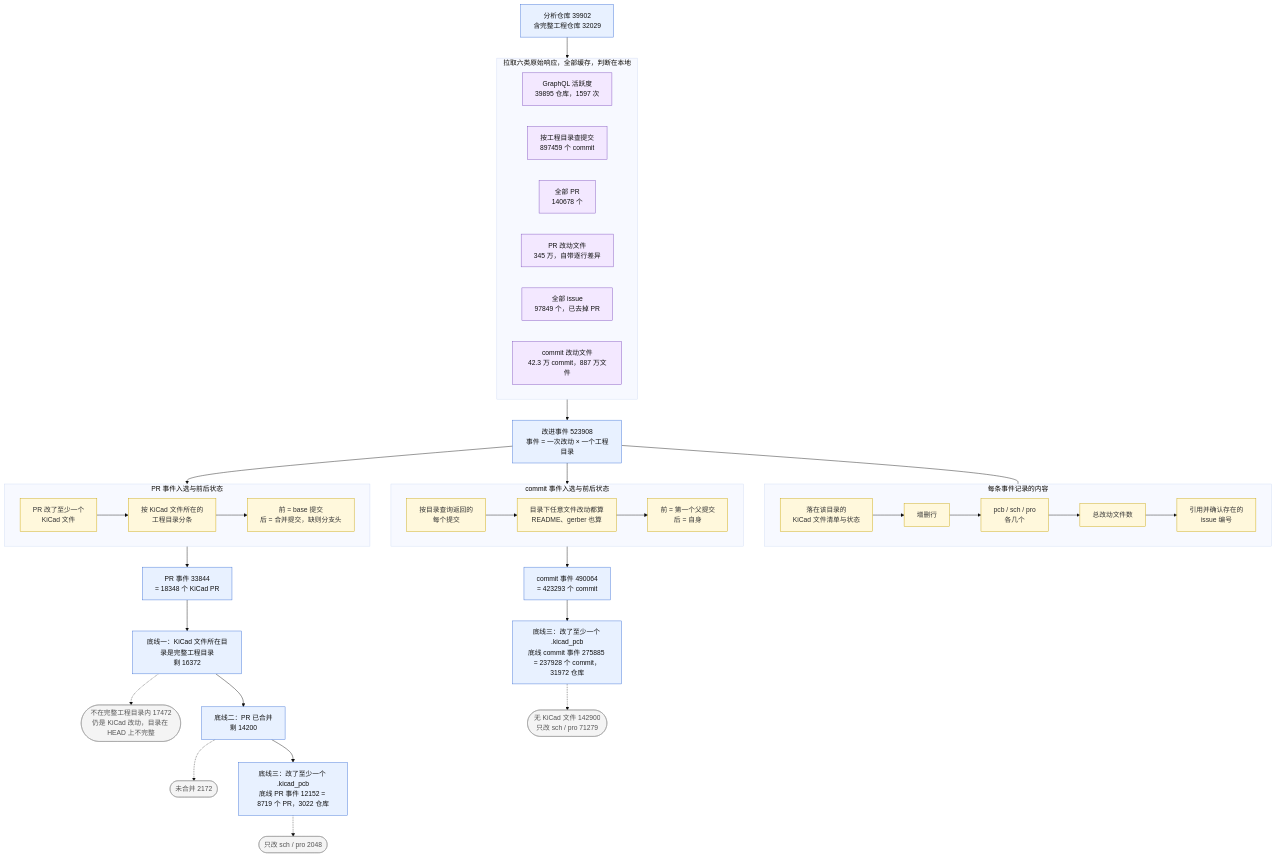
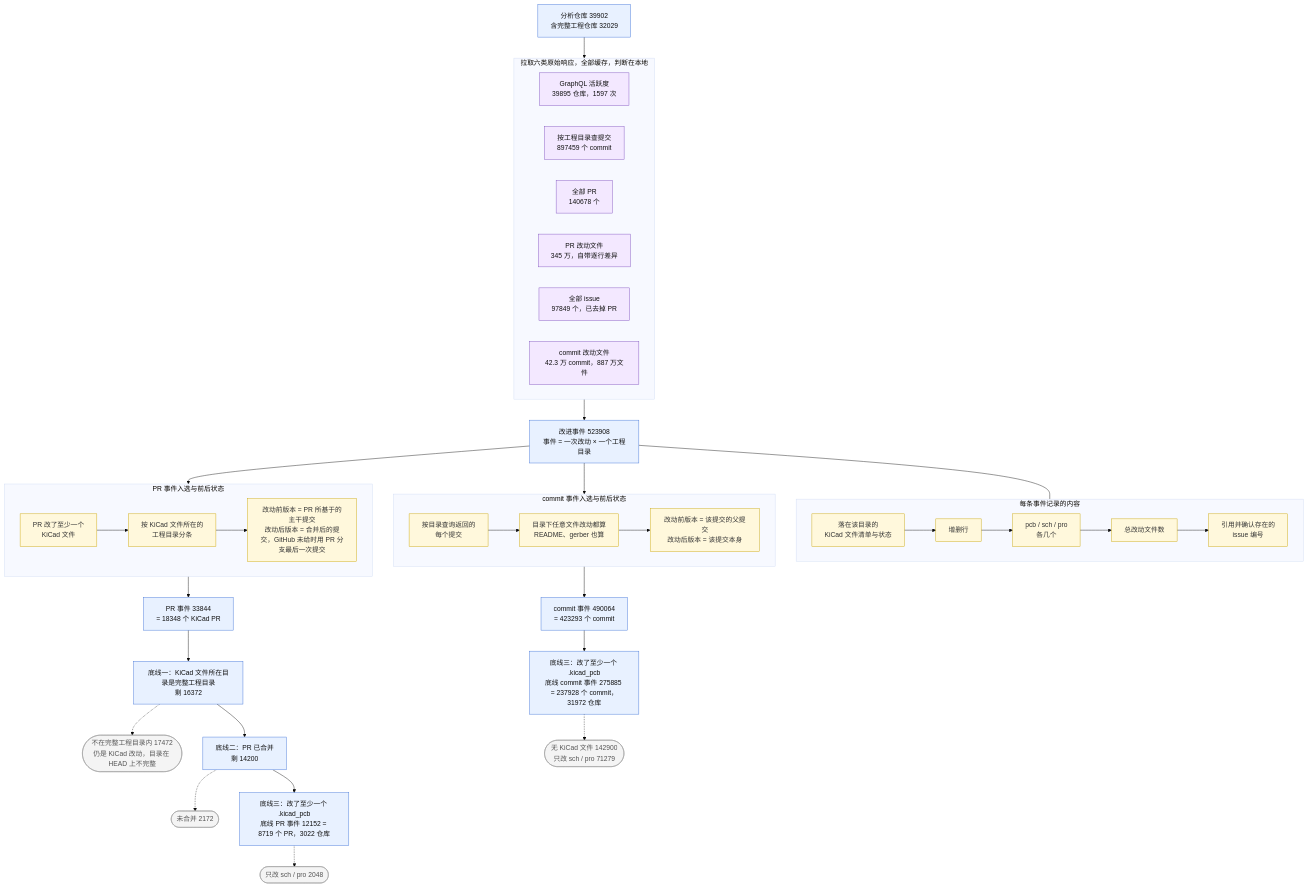
The third of 5 diagrams in reports/progress_report.md (Xiafyjck/github_kicad_project_scout), drawn with Mermaid (base theme) before and after one commit. The commit also changed other lines of this file, not shown here.

Commit message:
reports: say what the before / after versions of an event are and what they are for

````diff
--- a/reports/progress_report.md
+++ b/reports/progress_report.md
@@ -176,45 +176,45 @@
 ```mermaid
 flowchart TB
     classDef exit fill:#f4f4f4,stroke:#999,color:#555
     classDef keep fill:#e8f1ff,stroke:#3b6fd6,color:#111
     classDef src fill:#f3e8ff,stroke:#7c4dbd,color:#111
     classDef rule fill:#fff8dc,stroke:#c9a400,color:#333
 
     Q[分析仓库 39902<br/>含完整工程仓库 32029]:::keep
     subgraph H[拉取六类原始响应，全部缓存，判断在本地]
         direction LR
         H0[GraphQL 活跃度<br/>39895 仓库，1597 次]:::src
         H1[按工程目录查提交<br/>897459 个 commit]:::src
         H2[全部 PR<br/>140678 个]:::src
         H3[PR 改动文件<br/>345 万，自带逐行差异]:::src
         H4[全部 issue<br/>97849 个，已去掉 PR]:::src
         H5[commit 改动文件<br/>42.3 万 commit，887 万文件]:::src
     end
     Q --> H
     H --> E[改进事件 523908<br/>事件 = 一次改动 × 一个工程目录]:::keep
     subgraph D[每条事件记录的内容]
         direction LR
         D1[落在该目录的<br/>KiCad 文件清单与状态]:::rule --> D2[增删行]:::rule --> D3[pcb / sch / pro<br/>各几个]:::rule --> D4[总改动文件数]:::rule --> D5[引用并确认存在的<br/>issue 编号]:::rule
     end
     E --- D
     subgraph PR[PR 事件入选与前后状态]
         direction LR
-        PR1[PR 改了至少一个<br/>KiCad 文件]:::rule --> PR2[按 KiCad 文件所在的<br/>工程目录分条]:::rule --> PR3[前 = base 提交<br/>后 = 合并提交，缺则分支头]:::rule
+        PR1[PR 改了至少一个<br/>KiCad 文件]:::rule --> PR2[按 KiCad 文件所在的<br/>工程目录分条]:::rule --> PR3[改动前版本 = PR 所基于的主干提交<br/>改动后版本 = 合并后的提交，GitHub 未给时用 PR 分支最后一次提交]:::rule
     end
     subgraph CM[commit 事件入选与前后状态]
         direction LR
-        CM1[按目录查询返回的<br/>每个提交]:::rule --> CM2[目录下任意文件改动都算<br/>README、gerber 也算]:::rule --> CM3[前 = 第一个父提交<br/>后 = 自身]:::rule
+        CM1[按目录查询返回的<br/>每个提交]:::rule --> CM2[目录下任意文件改动都算<br/>README、gerber 也算]:::rule --> CM3[改动前版本 = 该提交的父提交<br/>改动后版本 = 该提交本身]:::rule
     end
     E --> PR --> P[PR 事件 33844<br/>= 18348 个 KiCad PR]:::keep
     E --> CM --> M[commit 事件 490064<br/>= 423293 个 commit]:::keep
 
     P --> P1[底线一：KiCad 文件所在目录是完整工程目录<br/>剩 16372]:::keep
     P1 -.-> PX1([不在完整工程目录内 17472<br/>仍是 KiCad 改动，目录在 HEAD 上不完整]):::exit
     P1 --> P2[底线二：PR 已合并<br/>剩 14200]:::keep
     P2 -.-> PX2([未合并 2172]):::exit
     P2 --> P3[底线三：改了至少一个 .kicad_pcb<br/>底线 PR 事件 12152 = 8719 个 PR，3022 仓库]:::keep
     P3 -.-> PX3([只改 sch / pro 2048]):::exit
 
     M --> M3[底线三：改了至少一个 .kicad_pcb<br/>底线 commit 事件 275885 = 237928 个 commit，31972 仓库]:::keep
     M3 -.-> MX3([无 KiCad 文件 142900<br/>只改 sch / pro 71279]):::exit
 ```
````
